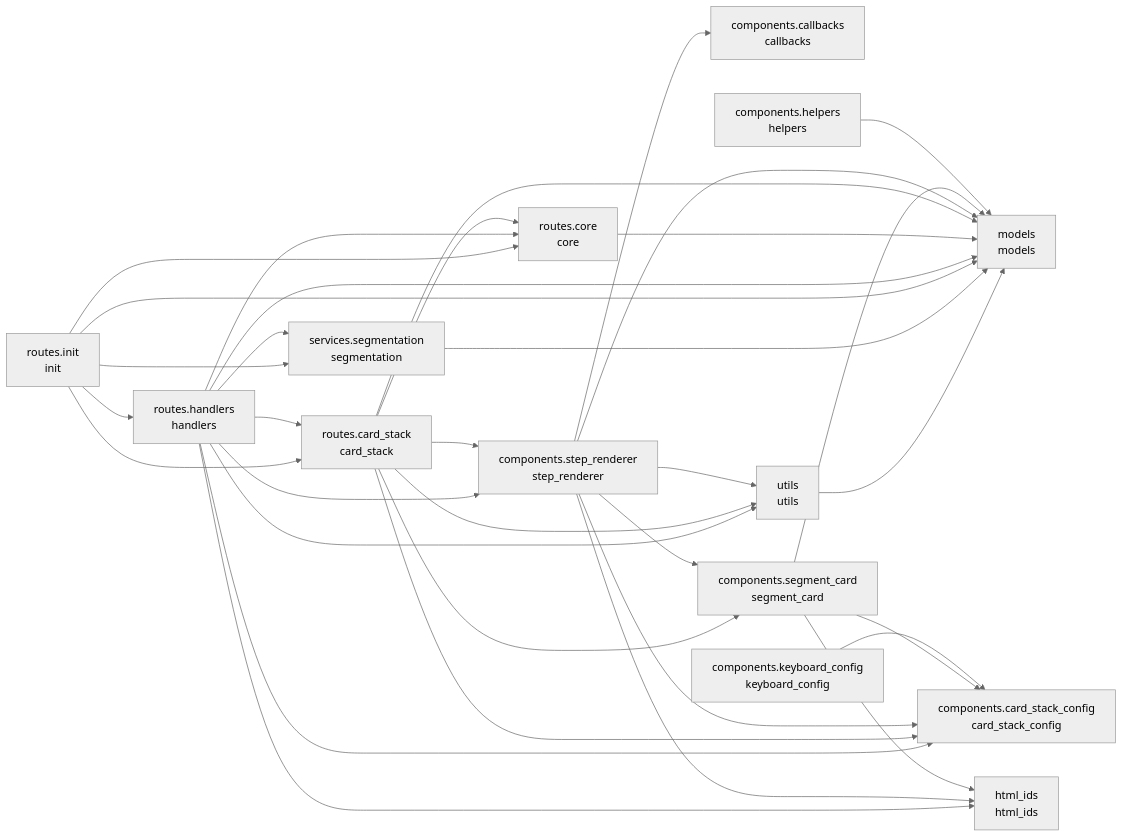
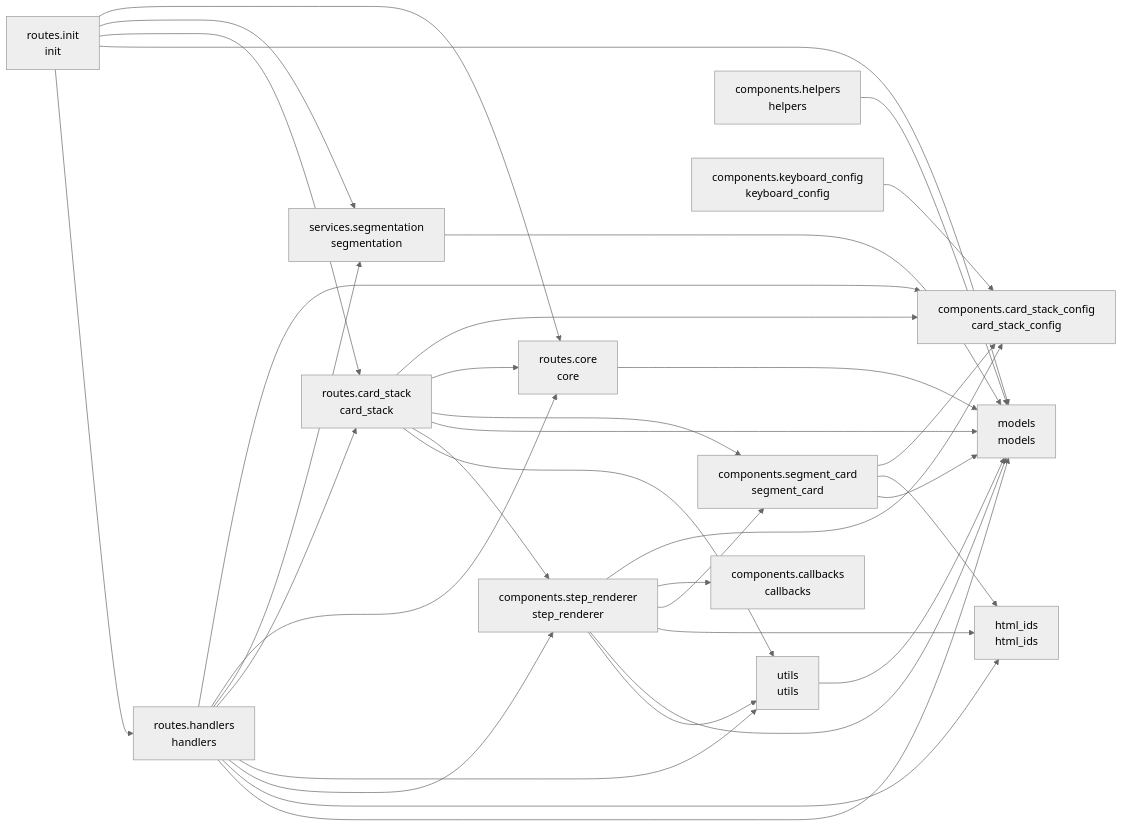
One commit to cj-mills/cjm-transcript-segmentation changed the diagram in README.md. Above: the diagram before and after it, drawn with Mermaid (neutral theme). The commit also changed other lines of this file and 5 other files, not shown here.

````diff
--- a/README.md
+++ b/README.md
@@ -37,51 +37,51 @@
 ``` mermaid
 graph LR
     components_callbacks[components.callbacks<br/>callbacks]
     components_card_stack_config[components.card_stack_config<br/>card_stack_config]
     components_helpers[components.helpers<br/>helpers]
     components_keyboard_config[components.keyboard_config<br/>keyboard_config]
     components_segment_card[components.segment_card<br/>segment_card]
     components_step_renderer[components.step_renderer<br/>step_renderer]
     html_ids[html_ids<br/>html_ids]
     models[models<br/>models]
     routes_card_stack[routes.card_stack<br/>card_stack]
     routes_core[routes.core<br/>core]
     routes_handlers[routes.handlers<br/>handlers]
     routes_init[routes.init<br/>init]
     services_segmentation[services.segmentation<br/>segmentation]
     utils[utils<br/>utils]
 
     components_helpers --> models
     components_keyboard_config --> components_card_stack_config
+    components_segment_card --> components_card_stack_config
     components_segment_card --> html_ids
-    components_segment_card --> components_card_stack_config
     components_segment_card --> models
     components_step_renderer --> components_card_stack_config
+    components_step_renderer --> components_callbacks
+    components_step_renderer --> components_segment_card
     components_step_renderer --> html_ids
-    components_step_renderer --> components_segment_card
+    components_step_renderer --> models
     components_step_renderer --> utils
-    components_step_renderer --> models
-    components_step_renderer --> components_callbacks
     routes_card_stack --> components_card_stack_config
+    routes_card_stack --> routes_core
     routes_card_stack --> components_segment_card
-    routes_card_stack --> routes_core
     routes_card_stack --> models
+    routes_card_stack --> components_step_renderer
     routes_card_stack --> utils
-    routes_card_stack --> components_step_renderer
     routes_core --> models
+    routes_handlers --> components_card_stack_config
+    routes_handlers --> routes_core
+    routes_handlers --> services_segmentation
     routes_handlers --> routes_card_stack
-    routes_handlers --> services_segmentation
+    routes_handlers --> utils
     routes_handlers --> components_step_renderer
     routes_handlers --> html_ids
-    routes_handlers --> routes_core
-    routes_handlers --> components_card_stack_config
     routes_handlers --> models
-    routes_handlers --> utils
-    routes_init --> models
-    routes_init --> routes_card_stack
-    routes_init --> routes_handlers
     routes_init --> routes_core
     routes_init --> services_segmentation
+    routes_init --> routes_card_stack
+    routes_init --> models
+    routes_init --> routes_handlers
     services_segmentation --> models
     utils --> models
 ```
````
